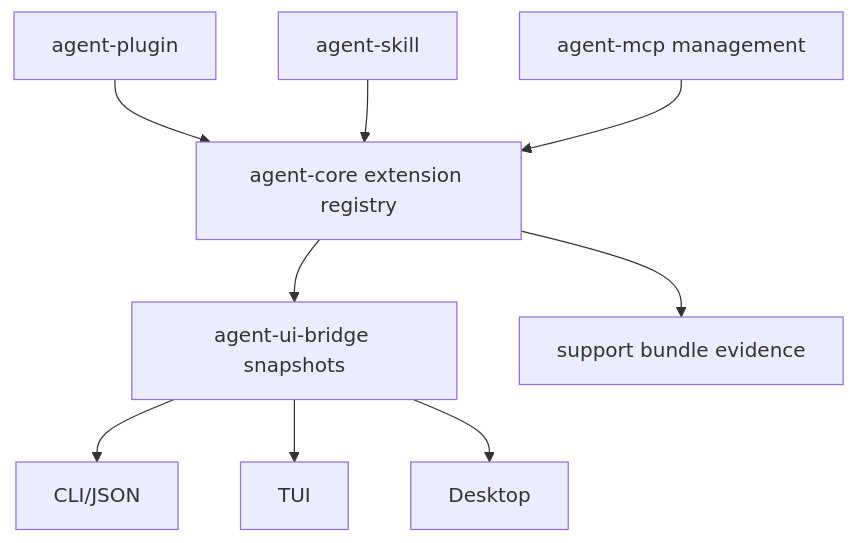
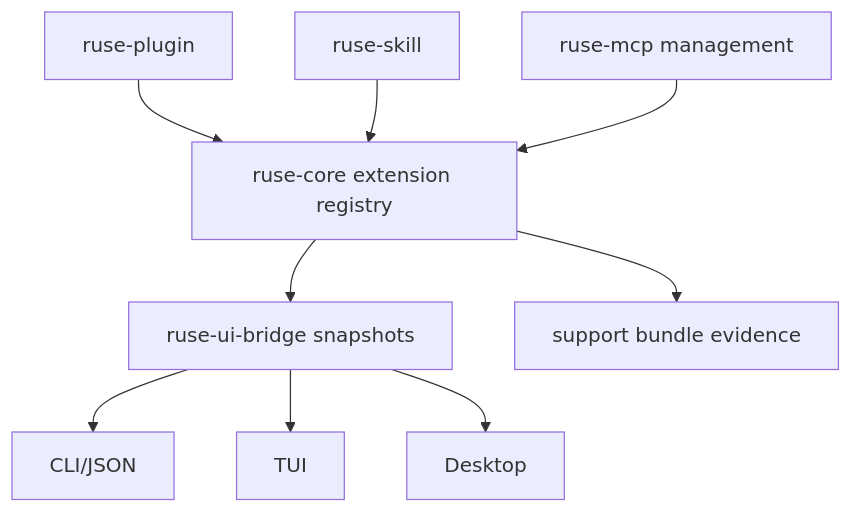
Before and after one commit to poneding/agent: the diagram in docs/specs/M66-extensions-mcp-hardening.spec.md, drawn with Mermaid. The commit also changed other lines of this file and 2091 other files, not shown here.

First line of the commit message:
refactor: rename agent branding to ruse

````diff
--- a/docs/specs/M66-extensions-mcp-hardening.spec.md
+++ b/docs/specs/M66-extensions-mcp-hardening.spec.md
@@ -37,11 +37,11 @@
 ```mermaid
 flowchart TD
-  Plugin["agent-plugin"] --> Core["agent-core extension registry"]
-  Skill["agent-skill"] --> Core
-  MCP["agent-mcp management"] --> Core
-  Core --> Bridge["agent-ui-bridge snapshots"]
+  Plugin["ruse-plugin"] --> Core["ruse-core extension registry"]
+  Skill["ruse-skill"] --> Core
+  MCP["ruse-mcp management"] --> Core
+  Core --> Bridge["ruse-ui-bridge snapshots"]
   Bridge --> CLI["CLI/JSON"]
   Bridge --> TUI["TUI"]
   Bridge --> Desktop["Desktop"]
   Core --> Support["support bundle evidence"]
 ```
````
